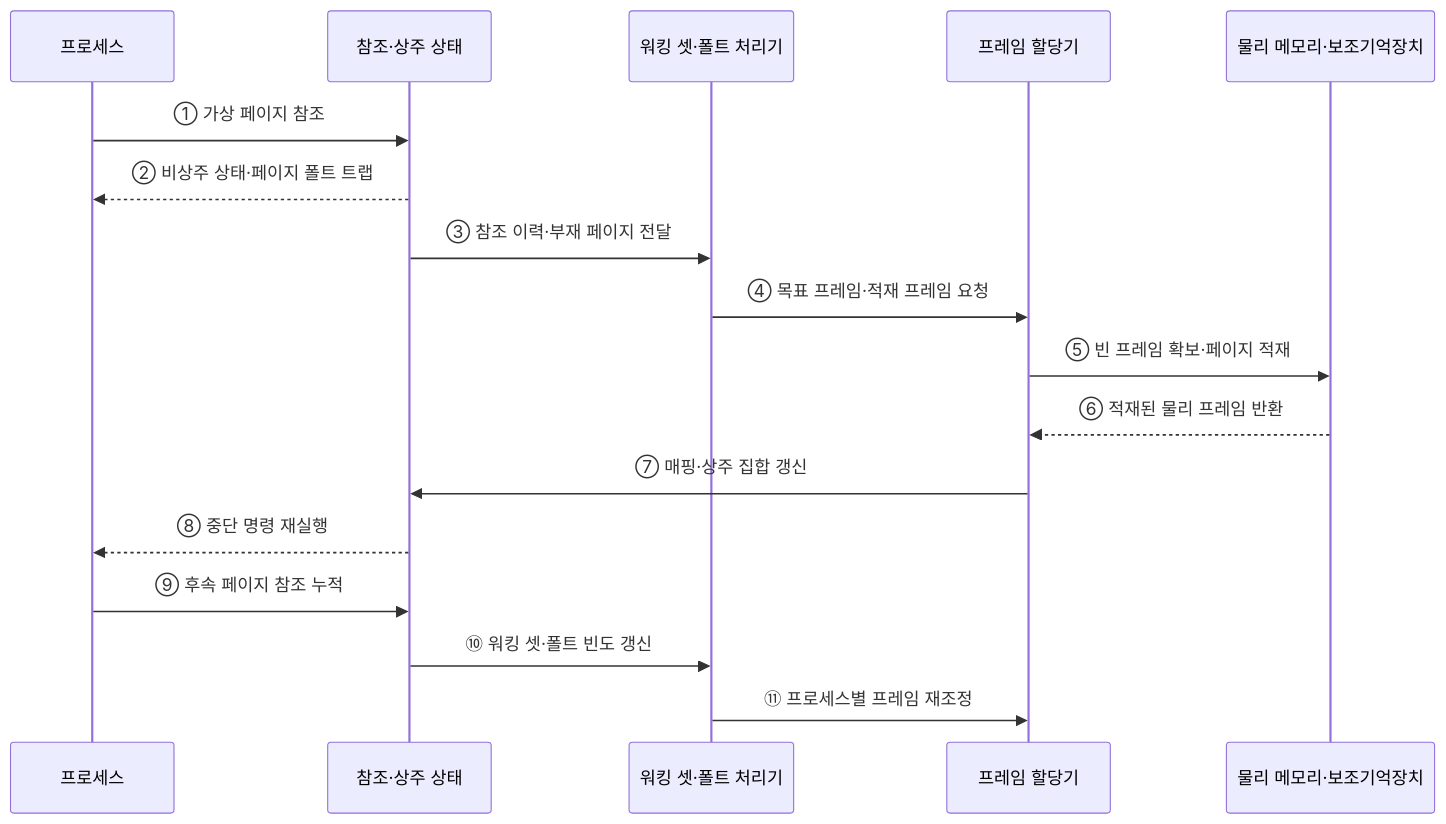
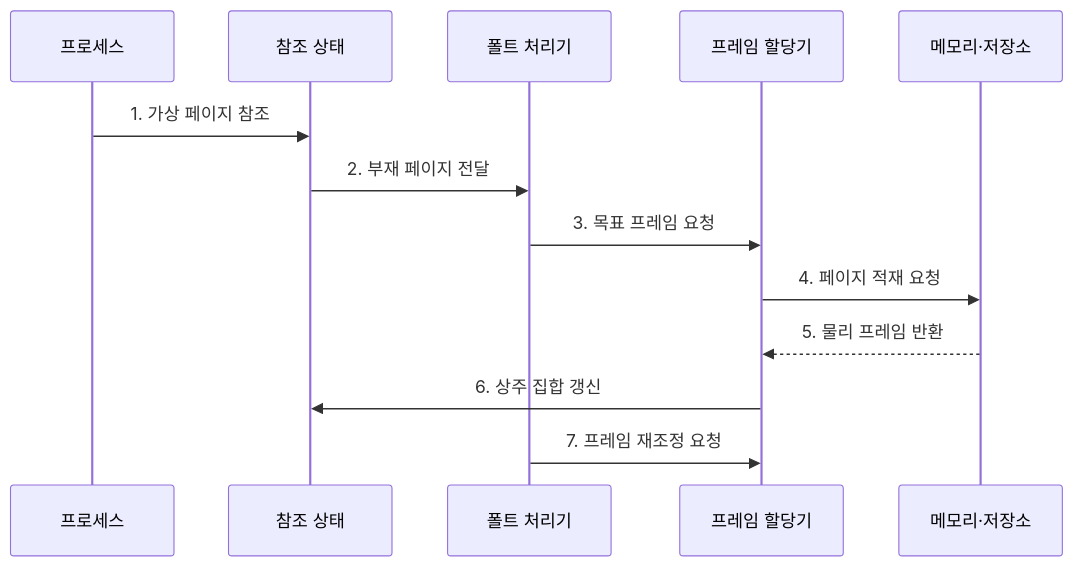
One commit to agnusdei1207/knowledge-base changed the second of 2 diagrams in src/content/docs/notes/03-software/016_working_set_page_fault.md. Above: the diagram before and after it, drawn with Mermaid. The commit also changed other lines of this file and 20 other files, not shown here.

````diff
--- a/src/content/docs/notes/03-software/016_working_set_page_fault.md
+++ b/src/content/docs/notes/03-software/016_working_set_page_fault.md
@@ -89,20 +88,15 @@
 ```mermaid
 sequenceDiagram
     participant P as 프로세스
-    participant R as 참조·상주 상태
-    participant H as 워킹 셋·폴트 처리기
+    participant R as 참조 상태
+    participant H as 폴트 처리기
     participant F as 프레임 할당기
-    participant B as 물리 메모리·보조기억장치
-
-    P->>R: ① 가상 페이지 참조
-    R-->>P: ② 비상주 상태·페이지 폴트 트랩
-    R->>H: ③ 참조 이력·부재 페이지 전달
-    H->>F: ④ 목표 프레임·적재 프레임 요청
-    F->>B: ⑤ 빈 프레임 확보·페이지 적재
-    B-->>F: ⑥ 적재된 물리 프레임 반환
-    F->>R: ⑦ 매핑·상주 집합 갱신
-    R-->>P: ⑧ 중단 명령 재실행
-    P->>R: ⑨ 후속 페이지 참조 누적
-    R->>H: ⑩ 워킹 셋·폴트 빈도 갱신
-    H->>F: ⑪ 프로세스별 프레임 재조정
+    participant B as 메모리·저장소
+    P->>R: 1. 가상 페이지 참조
+    R->>H: 2. 부재 페이지 전달
+    H->>F: 3. 목표 프레임 요청
+    F->>B: 4. 페이지 적재 요청
+    B-->>F: 5. 물리 프레임 반환
+    F->>R: 6. 상주 집합 갱신
+    H->>F: 7. 프레임 재조정 요청
 ```
````
